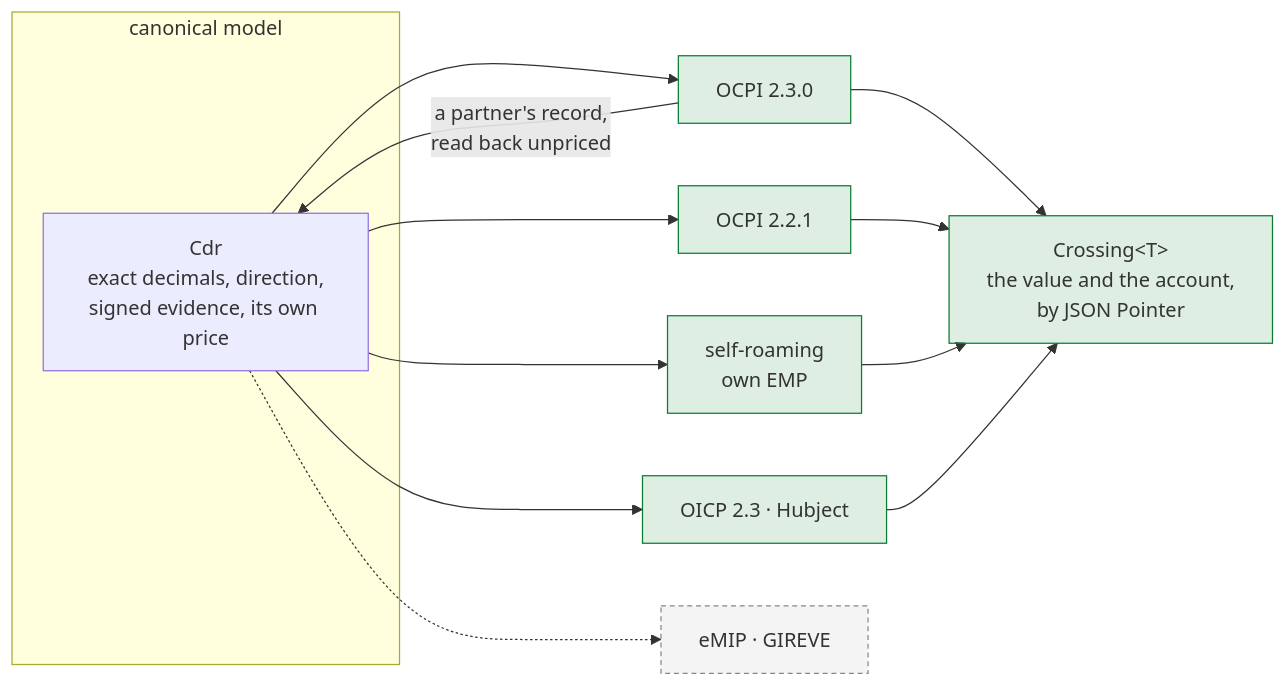
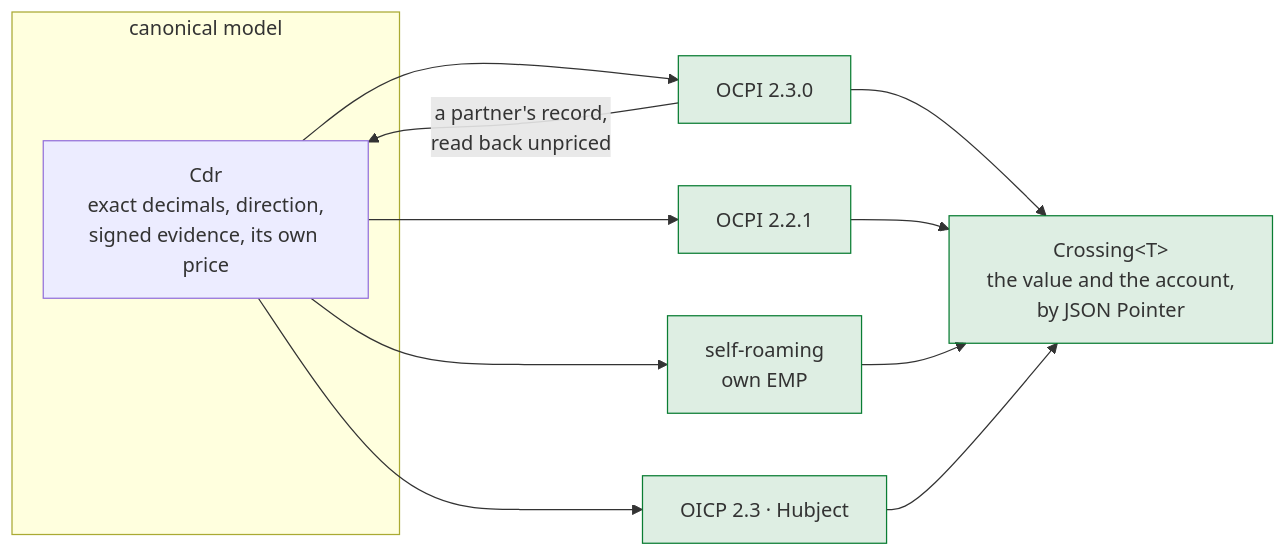
One commit to hupe1980/emob changed the diagram in site/content/docs/roaming.md. Above: the diagram before and after it, drawn with Mermaid. The commit also changed other lines of this file and 68 other files, not shown here.

````diff
--- a/site/content/docs/roaming.md
+++ b/site/content/docs/roaming.md
@@ -26,23 +26,20 @@
 ```mermaid
 flowchart LR
     subgraph canon["canonical model"]
         CDR["Cdr<br/>exact decimals, direction,<br/>signed evidence, its own price"]
     end
 
     CDR --> X23["OCPI 2.3.0"]
     CDR --> X22["OCPI 2.2.1"]
     CDR --> SELF["self-roaming<br/>own EMP"]
     CDR --> OICP["OICP 2.3 · Hubject"]
-    CDR -.-> EMIP["eMIP · GIREVE"]
 
     X23 --> ACC["Crossing&lt;T&gt;<br/>the value and the account,<br/>by JSON Pointer"]
     X22 --> ACC
     SELF --> ACC
     OICP --> ACC
     X23 -->|"a partner's record,<br/>read back unpriced"| CDR
 
     classDef built fill:#0a7d3322,stroke:#0a7d33
-    classDef planned fill:#88888818,stroke:#888,stroke-dasharray:4 3
     class X23,X22,SELF,ACC,OICP built
-    class EMIP planned
 ```
````
